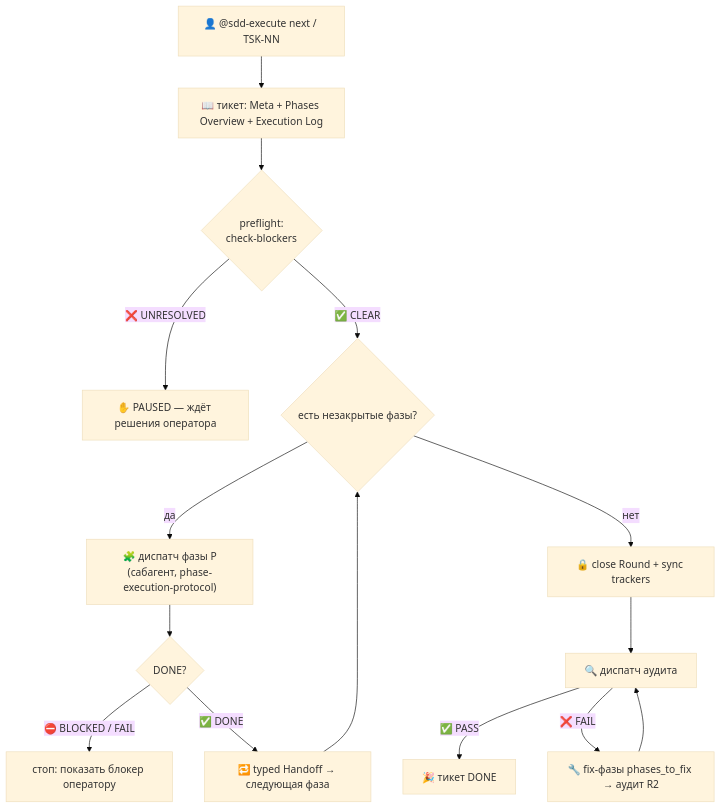
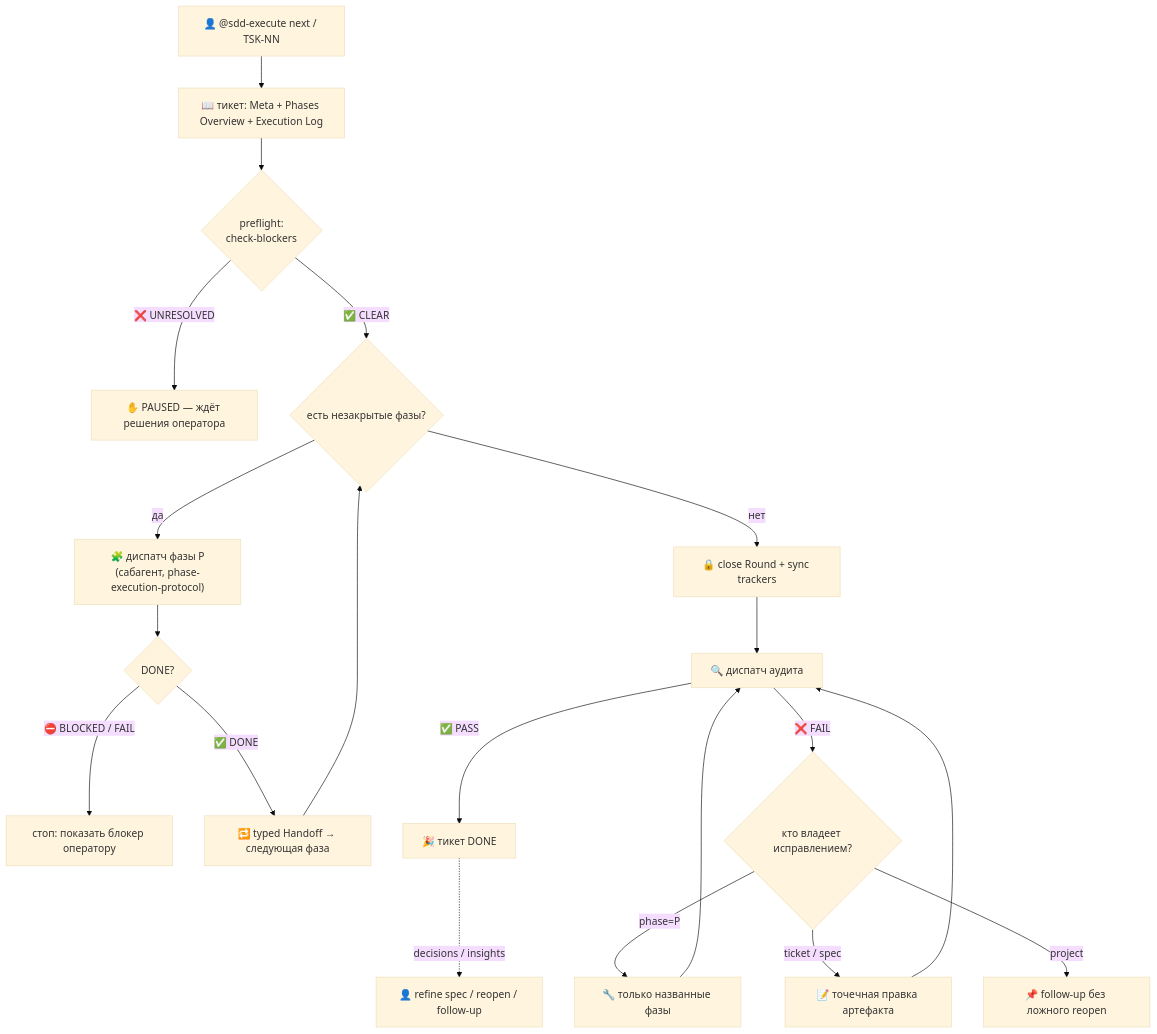
The second of 8 diagrams in docs/sdd-flow.md (RubaXa/gennady), drawn with Mermaid (base theme) before and after one commit. The commit also changed other lines of this file and 27 other files, not shown here.

````diff
--- a/docs/sdd-flow.md
+++ b/docs/sdd-flow.md
@@ -119,17 +120,22 @@
 ```mermaid
 flowchart TD
     START["👤 @sdd-execute next / TSK-NN"] --> READ["📖 тикет: Meta + Phases Overview + Execution Log"]
     READ --> PRE{"preflight:\ncheck-blockers"}
     PRE -->|❌ UNRESOLVED| PAUSE["✋ PAUSED — ждёт решения оператора"]
     PRE -->|✅ CLEAR| LOOP{"есть незакрытые фазы?"}
     LOOP -->|да| DISP["🧩 диспатч фазы P<N>\n(сабагент, phase-execution-protocol)"]
     DISP --> DONE{"DONE?"}
     DONE -->|⛔ BLOCKED / FAIL| STOP["стоп: показать блокер оператору"]
     DONE -->|✅ DONE| HANDOFF["🔁 typed Handoff → следующая фаза"]
     HANDOFF --> LOOP
     LOOP -->|нет| CLOSE["🔒 close Round + sync trackers"]
     CLOSE --> AUD["🔍 диспатч аудита"]
     AUD -->|✅ PASS| OK["🎉 тикет DONE"]
-    AUD -->|❌ FAIL| FIX["🔧 fix-фазы phases_to_fix → аудит R2"]
+    AUD -->|❌ FAIL| ROUTE{"кто владеет исправлением?"}
+    ROUTE -->|phase=P<N>| FIX["🔧 только названные фазы"]
+    ROUTE -->|ticket / spec| DOC["📝 точечная правка артефакта"]
+    ROUTE -->|project| FOLLOW["📌 follow-up без ложного reopen"]
     FIX --> AUD
+    DOC --> AUD
+    OK -. decisions / insights .-> REC["👤 refine spec / reopen / follow-up"]
 ```
````
